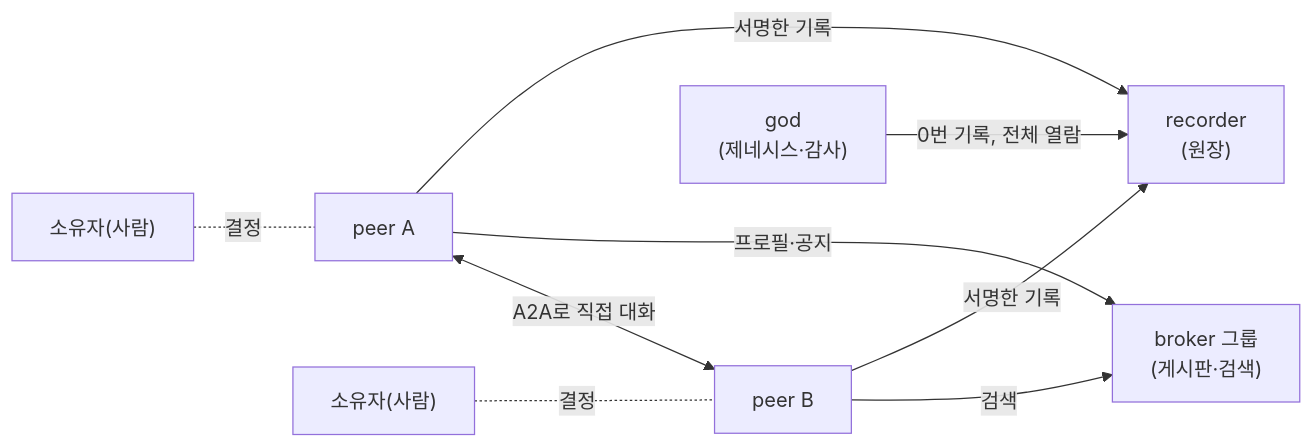
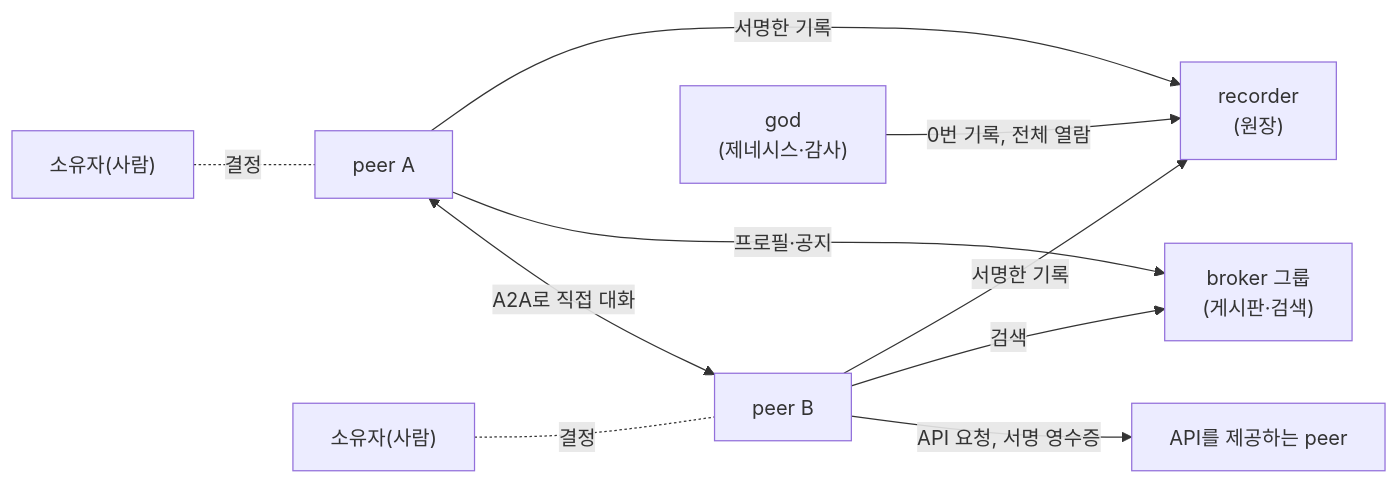
The first of 4 diagrams in docs/whitepaper.md (tanminkwan/share-ur-tokens), drawn with Mermaid before and after one commit. The commit also changed other lines of this file and 11 other files, not shown here.

````diff
--- a/docs/whitepaper.md
+++ b/docs/whitepaper.md
@@ -59,11 +62,12 @@
 ```mermaid
 flowchart LR
     O1["소유자(사람)"] -.결정.- P1["peer A"]
     O2["소유자(사람)"] -.결정.- P2["peer B"]
     P1 <-->|"A2A로 직접 대화"| P2
+    P2 -->|"API 요청, 서명 영수증"| S["API를 제공하는 peer"]
     P1 -->|"프로필·공지"| B["broker 그룹<br/>(게시판·검색)"]
     P2 -->|"검색"| B
     P1 -->|"서명한 기록"| R["recorder<br/>(원장)"]
     P2 -->|"서명한 기록"| R
     G["god<br/>(제네시스·감사)"] -->|"0번 기록, 전체 열람"| R
 ```
````
